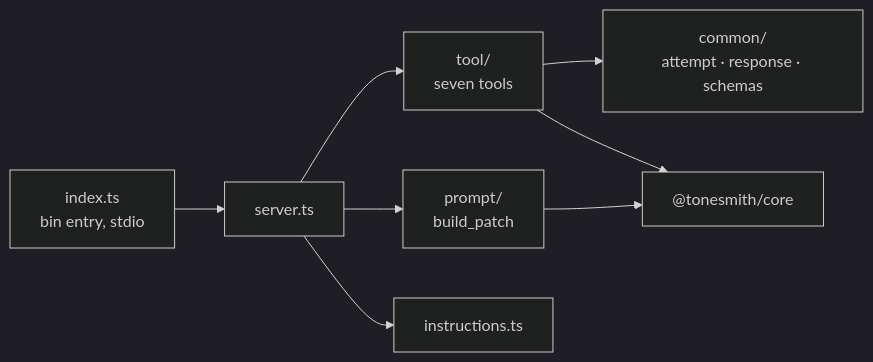
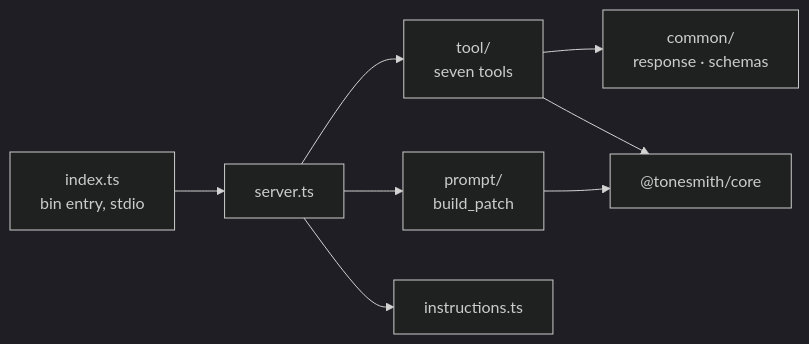
One commit to oparamo/tonesmith changed the eighth of 9 diagrams in ARCHITECTURE.md. Above: the diagram before and after it, drawn with Mermaid (dark theme). The commit also changed other lines of this file and 1 other file, not shown here.

````diff
--- a/ARCHITECTURE.md
+++ b/ARCHITECTURE.md
@@ -212,10 +212,10 @@
 ```mermaid
 flowchart LR
   index["index.ts<br/>bin entry, stdio"] --> server["server.ts"]
   server --> tool["tool/<br/>seven tools"]
   server --> prompt["prompt/<br/>build_patch"]
   server --> instructions["instructions.ts"]
-  tool --> common["common/<br/>attempt · response · schemas"]
+  tool --> common["common/<br/>response · schemas"]
   tool --> core["@tonesmith/core"]
   prompt --> core
 ```
````
